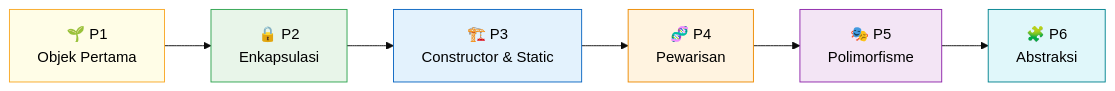
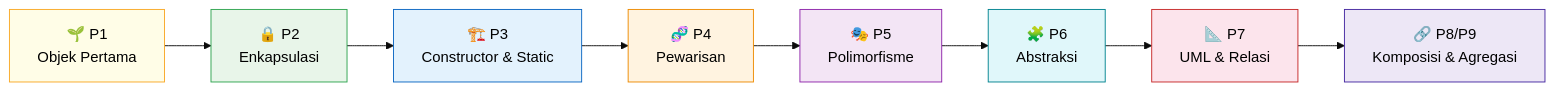
The first of 2 diagrams in README.md (muhammadkiro516-netizen/Praktikum-PBO-A-MuhammadSalmanAlFarisi-4525210141), drawn with Mermaid (base theme) before and after one commit. The commit also changed other lines of this file and 180 other files, not shown here.

````diff
--- a/README.md
+++ b/README.md
@@ -27,13 +27,17 @@
 ```mermaid
 flowchart LR
     Z["🌱 P1<br/>Objek Pertama"] --> A["🔒 P2<br/>Enkapsulasi"] --> B["🏗️ P3<br/>Constructor & Static"]
     B --> C["🧬 P4<br/>Pewarisan"]
     C --> D["🎭 P5<br/>Polimorfisme"]
     D --> E["🧩 P6<br/>Abstraksi"]
+    E --> F["📐 P7<br/>UML & Relasi"]
+    F --> G["🔗 P8/P9<br/>Komposisi & Agregasi"]
     style Z fill:#fffde7,stroke:#F9A825,color:#000
     style A fill:#e8f5e9,stroke:#2ea44f,color:#000
     style B fill:#e3f2fd,stroke:#0A66C2,color:#000
     style C fill:#fff3e0,stroke:#ED8B00,color:#000
     style D fill:#f3e5f5,stroke:#8E24AA,color:#000
     style E fill:#e0f7fa,stroke:#00838F,color:#000
+    style F fill:#fce4ec,stroke:#C62828,color:#000
+    style G fill:#ede7f6,stroke:#4527A0,color:#000
 ```
````
